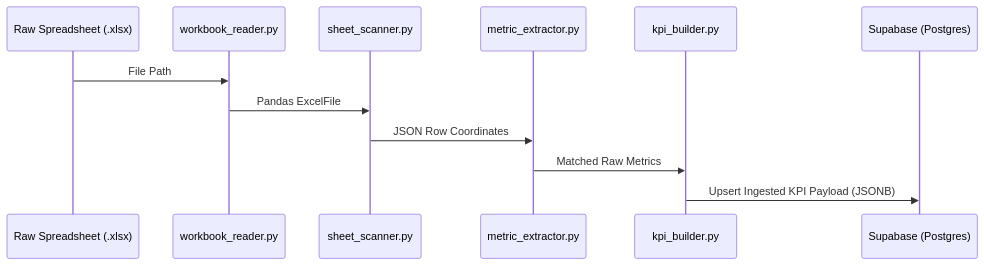
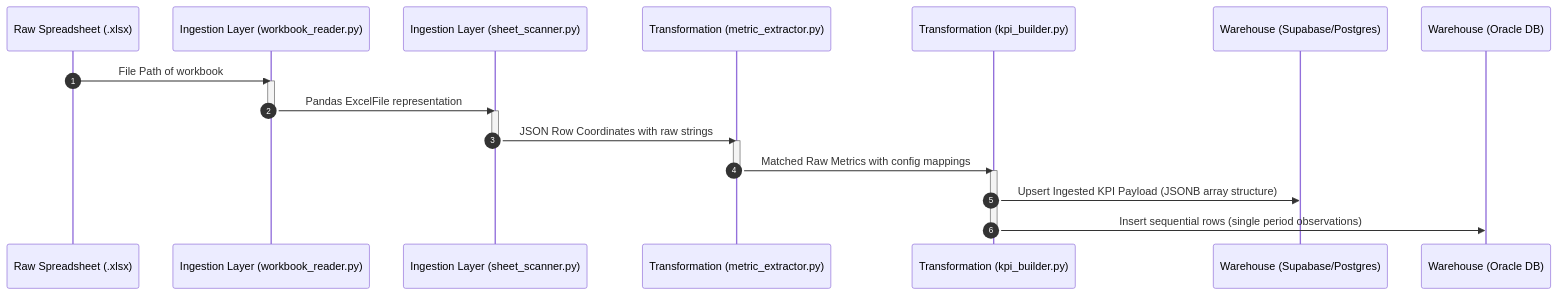
Before and after one commit to VED-VIVEK-TALMALEY/quantumlens-HSBC: the second of 3 diagrams in docs/architecture/architecture.md, drawn with Mermaid. The commit also changed other lines of this file and 7 other files, not shown here.

````diff
--- a/docs/architecture/architecture.md
+++ b/docs/architecture/architecture.md
@@ -84,15 +125,26 @@
 ```mermaid
 sequenceDiagram
+    autonumber
     participant Excel as Raw Spreadsheet (.xlsx)
-    participant Reader as workbook_reader.py
-    participant Scanner as sheet_scanner.py
-    participant Extractor as metric_extractor.py
-    participant Builder as kpi_builder.py
-    participant DB as Supabase (Postgres)
+    participant Reader as Ingestion Layer (workbook_reader.py)
+    participant Scanner as Ingestion Layer (sheet_scanner.py)
+    participant Extractor as Transformation (metric_extractor.py)
+    participant Builder as Transformation (kpi_builder.py)
+    participant DB as Warehouse (Supabase/Postgres)
+    participant Oracle as Warehouse (Oracle DB)
 
-    Excel->>Reader: File Path
-    Reader->>Scanner: Pandas ExcelFile
-    Scanner->>Extractor: JSON Row Coordinates
-    Extractor->>Builder: Matched Raw Metrics
-    Builder->>DB: Upsert Ingested KPI Payload (JSONB)
+    Excel->>Reader: File Path of workbook
+    activate Reader
+    Reader->>Scanner: Pandas ExcelFile representation
+    deactivate Reader
+    activate Scanner
+    Scanner->>Extractor: JSON Row Coordinates with raw strings
+    deactivate Scanner
+    activate Extractor
+    Extractor->>Builder: Matched Raw Metrics with config mappings
+    deactivate Extractor
+    activate Builder
+    Builder->>DB: Upsert Ingested KPI Payload (JSONB array structure)
+    Builder->>Oracle: Insert sequential rows (single period observations)
+    deactivate Builder
 ```
````
